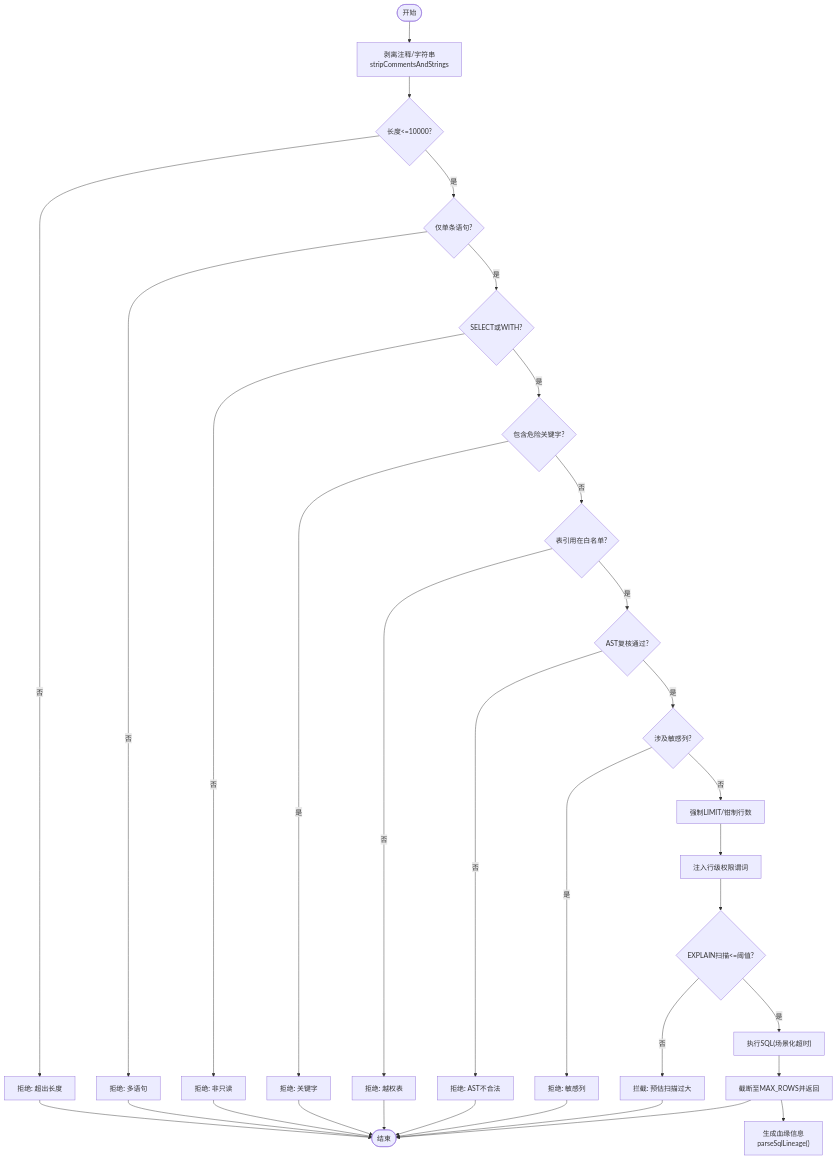
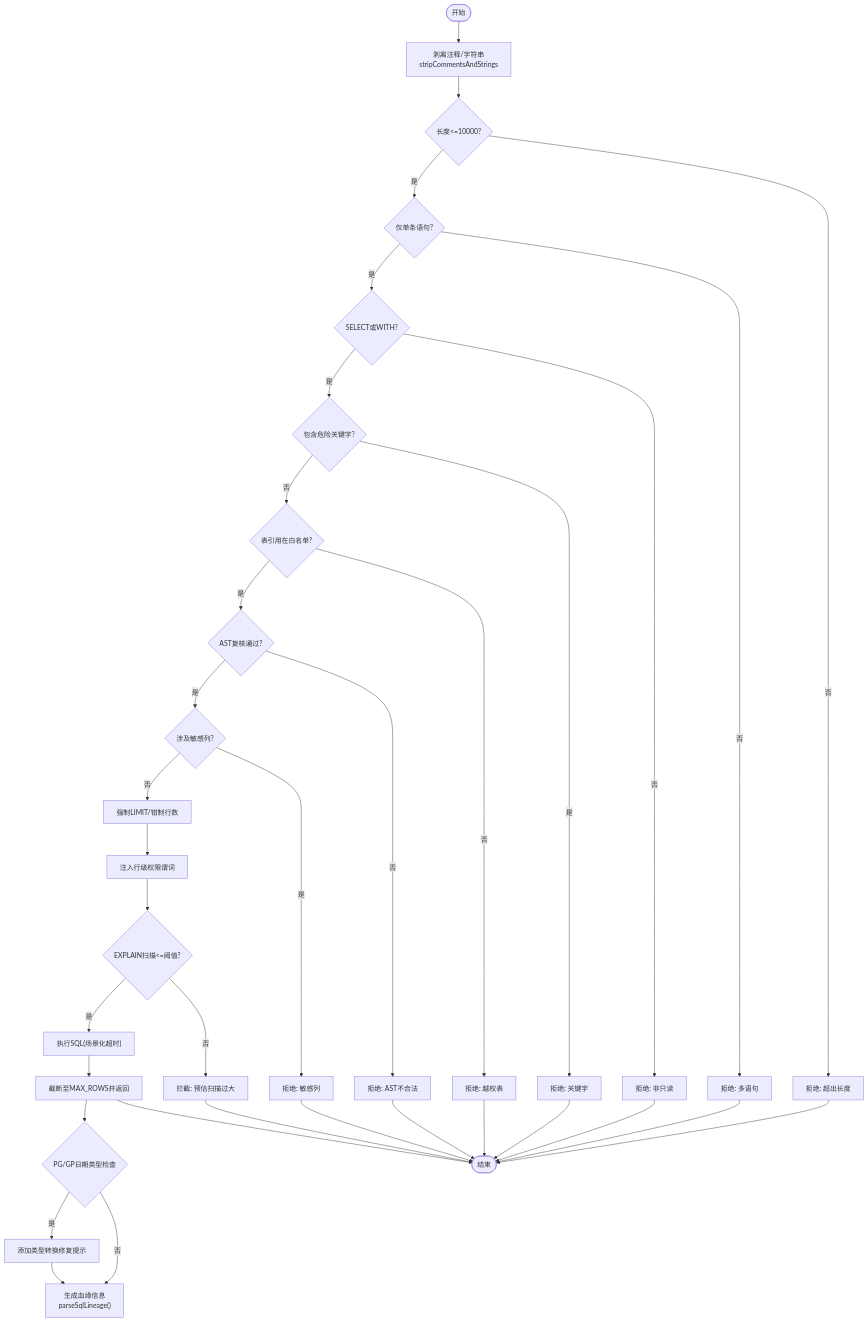
One commit to dgjin/smart-data-analytics changed the third of 7 diagrams in .qoder/repowiki/zh/content/系统架构/核心组件详解/查询处理引擎/SQL执行器与安全控制.md. Above: the diagram before and after it, drawn with Mermaid. The commit also changed other lines of this file and 146 other files, not shown here.

````diff
--- a/.qoder/repowiki/zh/content/系统架构/核心组件详解/查询处理引擎/SQL执行器与安全控制.md
+++ b/.qoder/repowiki/zh/content/系统架构/核心组件详解/查询处理引擎/SQL执行器与安全控制.md
@@ -170,34 +211,37 @@
 ```mermaid
 flowchart TD
 Start(["开始"]) --> Clean["剥离注释/字符串<br/>stripCommentsAndStrings"]
 Clean --> Length{"长度<=10000?"}
 Length -- 否 --> RejectLen["拒绝: 超出长度"]
 Length -- 是 --> Single{"仅单条语句?"}
 Single -- 否 --> RejectMulti["拒绝: 多语句"]
 Single -- 是 --> Type{"SELECT或WITH?"}
 Type -- 否 --> RejectType["拒绝: 非只读"]
 Type -- 是 --> Forbidden{"包含危险关键字?"}
 Forbidden -- 是 --> RejectKey["拒绝: 关键字"]
 Forbidden -- 否 --> Tables{"表引用在白名单?"}
 Tables -- 否 --> RejectTable["拒绝: 越权表"]
 Tables -- 是 --> AST{"AST复核通过?"}
 AST -- 否 --> RejectAST["拒绝: AST不合法"]
 AST -- 是 --> Sensitive{"涉及敏感列?"}
 Sensitive -- 是 --> RejectCol["拒绝: 敏感列"]
 Sensitive -- 否 --> Limit["强制LIMIT/钳制行数"]
 Limit --> RowFilter["注入行级权限谓词"]
 RowFilter --> Explain{"EXPLAIN扫描<=阈值?"}
 Explain -- 否 --> GuardBlock["拦截: 预估扫描过大"]
 Explain -- 是 --> Execute["执行SQL(场景化超时)"]
 Execute --> Result["截断至MAX_ROWS并返回"]
-Result --> Lineage["生成血缘信息<br/>parseSqlLineage()"]
+Result --> PgCheck{"PG/GP日期类型检查"}
+PgCheck -- 是 --> FixHint["添加类型转换修复提示"]
+PgCheck -- 否 --> Lineage["生成血缘信息<br/>parseSqlLineage()"]
+FixHint --> Lineage
 RejectLen --> End(["结束"])
 RejectMulti --> End
 RejectType --> End
 RejectKey --> End
 RejectTable --> End
 RejectAST --> End
 RejectCol --> End
 GuardBlock --> End
 Result --> End
 ```
````
